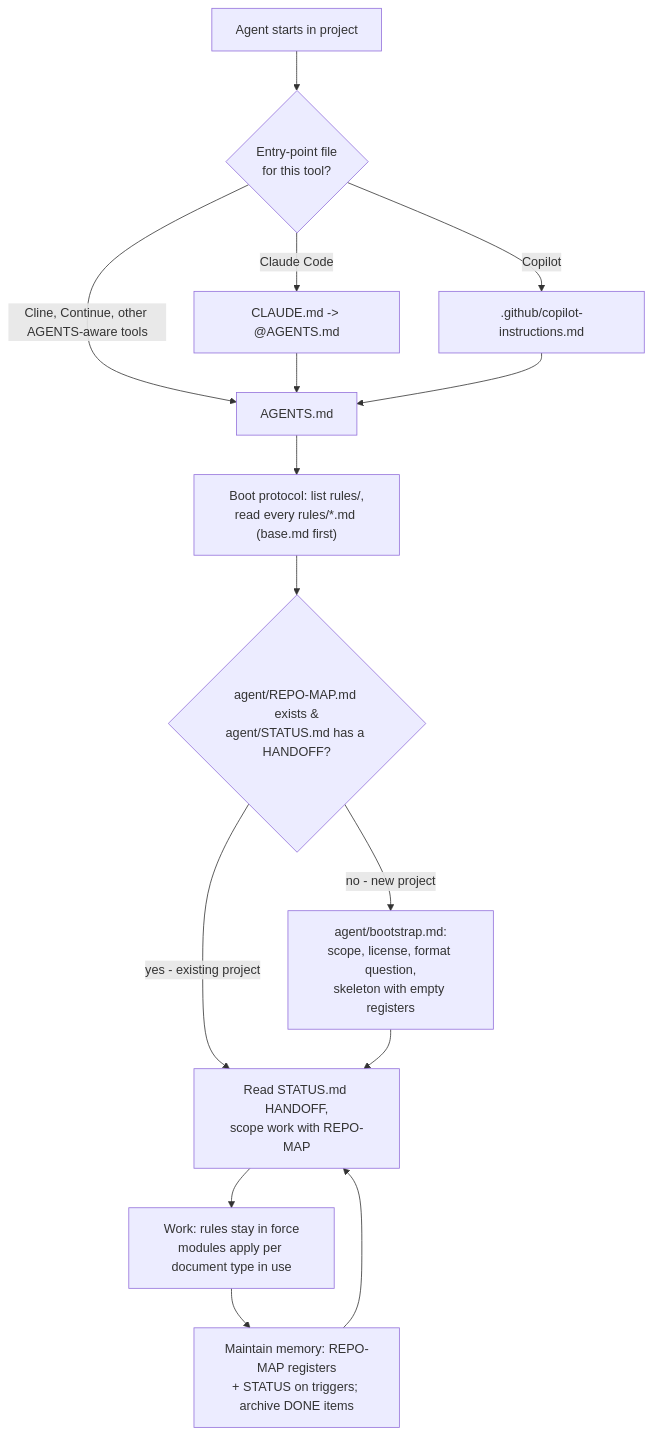
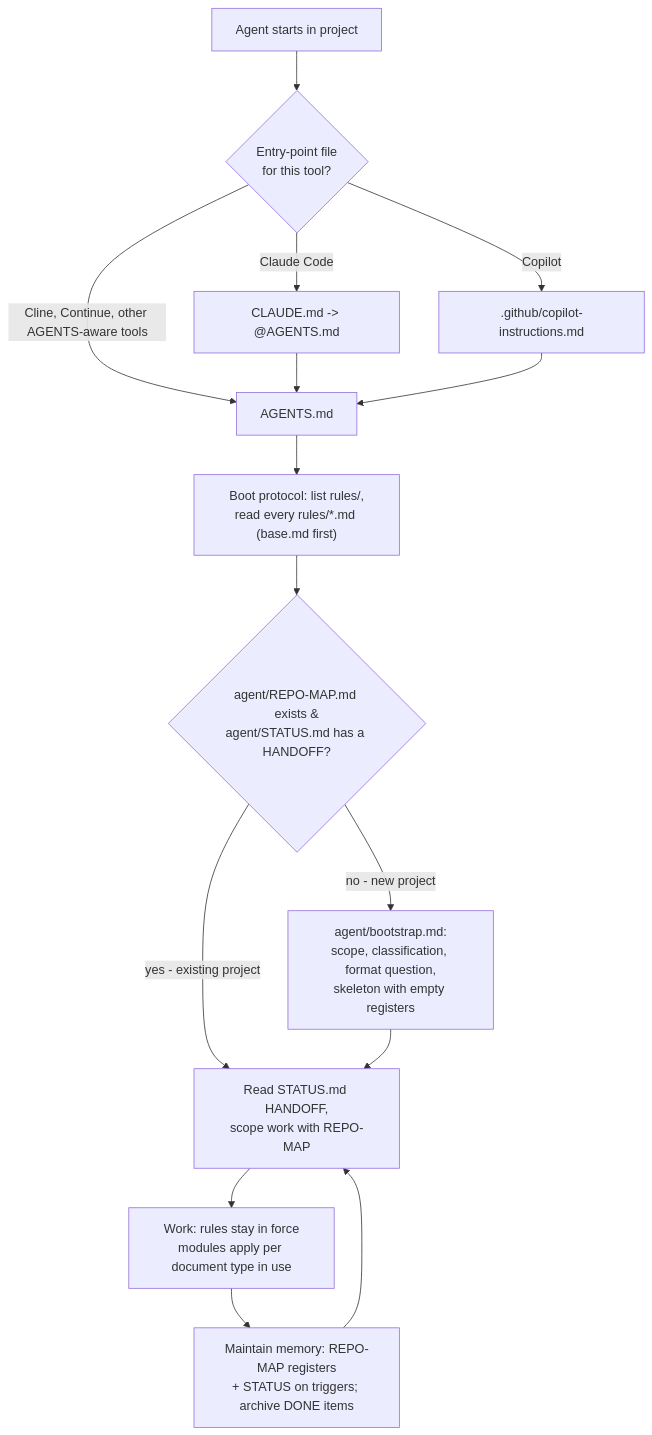
Before and after one commit to whoogsteder/Ordnung-The-AI-Agent-contract-repository: the diagram in contracts/persona/tech-writing/docs/agent-contract/index.md, drawn with Mermaid. The commit also changed other lines of this file and 18 other files, not shown here.

````diff
--- a/contracts/persona/tech-writing/docs/agent-contract/index.md
+++ b/contracts/persona/tech-writing/docs/agent-contract/index.md
@@ -12,17 +12,17 @@
 ```mermaid
 flowchart TD
     A[Agent starts in project] --> B{"Entry-point file<br/>for this tool?"}
     B -->|Claude Code| C[CLAUDE.md -> @AGENTS.md]
     B -->|Copilot| D[".github/copilot-instructions.md"]
     B -->|Cline, Continue, other AGENTS-aware tools| E[AGENTS.md]
     C --> E
     D --> E
     E --> F["Boot protocol: list rules/,<br/>read every rules/*.md (base.md first)"]
     F --> G{agent/REPO-MAP.md exists &<br/>agent/STATUS.md has a HANDOFF?}
-    G -->|no - new project| H[agent/bootstrap.md:<br/>scope, license, format question,<br/>skeleton with empty registers]
+    G -->|no - new project| H[agent/bootstrap.md:<br/>scope, classification, format question,<br/>skeleton with empty registers]
     G -->|yes - existing project| I[Read STATUS.md HANDOFF,<br/>scope work with REPO-MAP]
     H --> I
     I --> J[Work: rules stay in force<br/>modules apply per document type in use]
     J --> K["Maintain memory: REPO-MAP registers<br/>+ STATUS on triggers; archive DONE items"]
     K --> I
 ```
````
